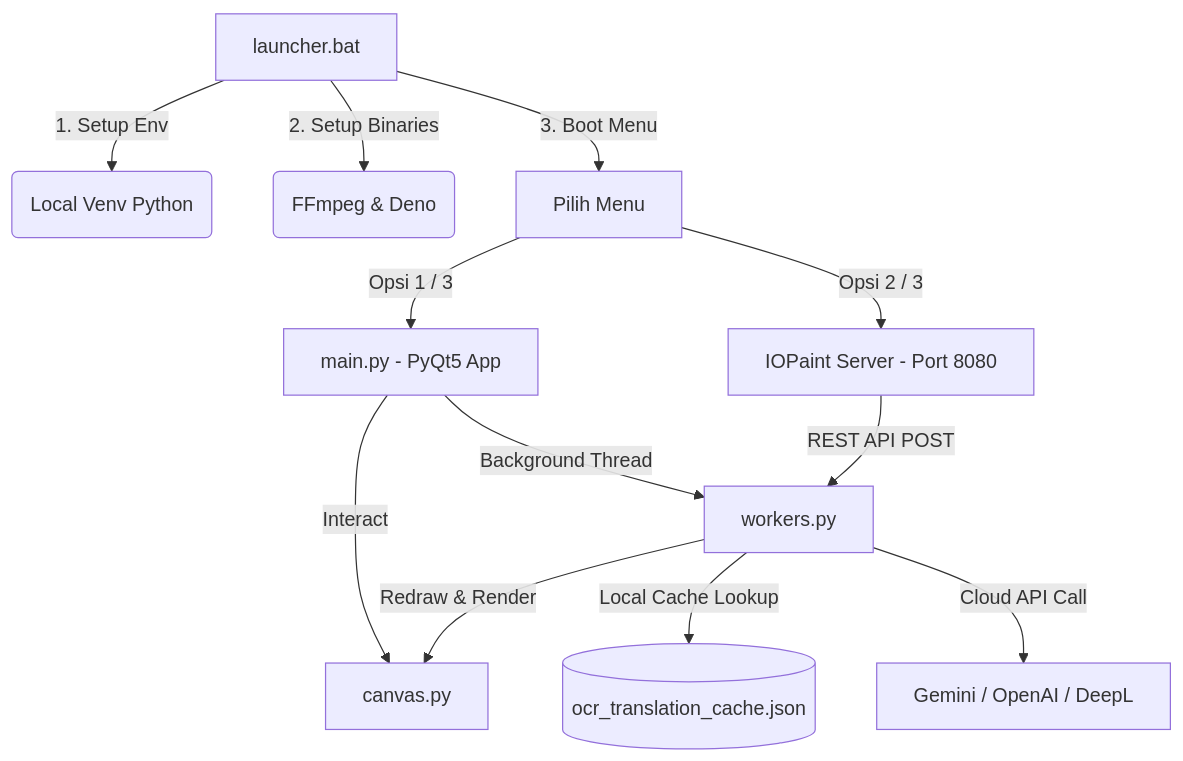
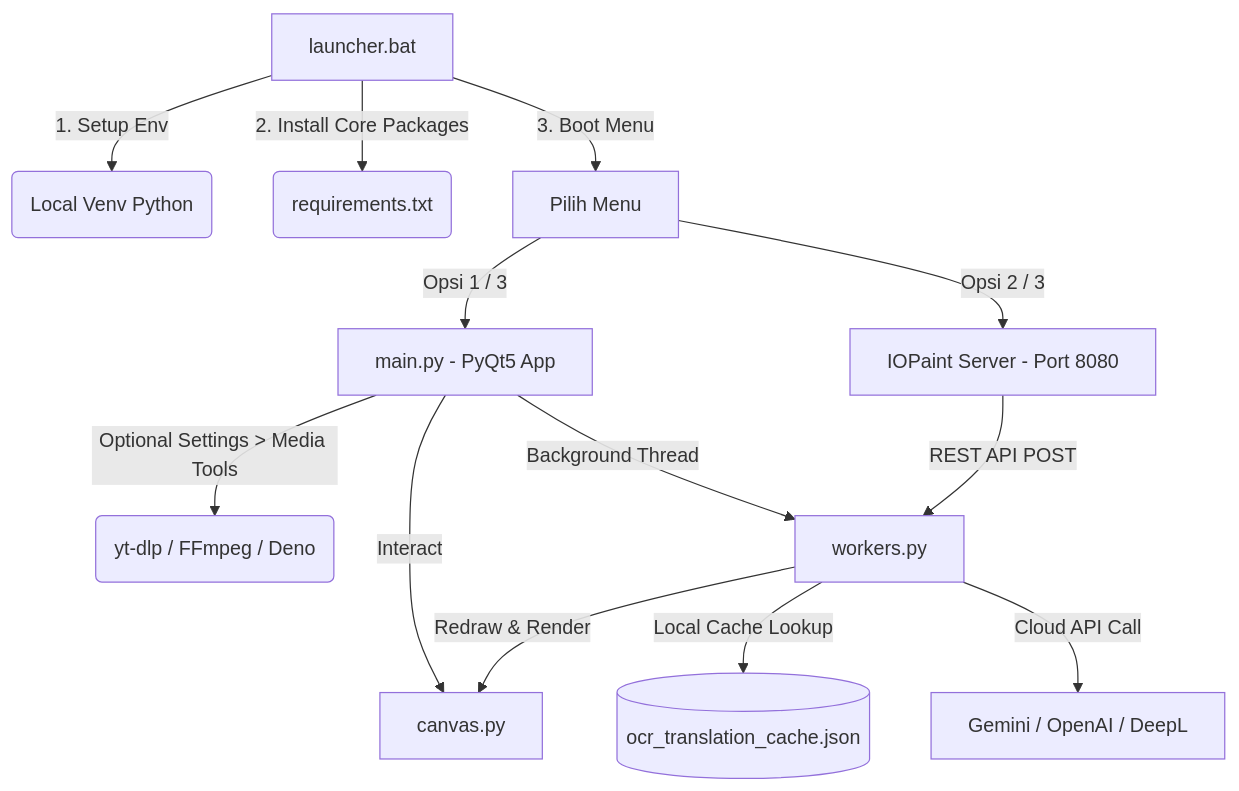
The diagram in README.md (irazawa/MangaTranslate), drawn with Mermaid before and after one commit. The commit also changed other lines of this file and 4 other files, not shown here.

Commit message:
Update README and settings UI for optional media tools

````diff
--- a/README.md
+++ b/README.md
@@ -11,15 +11,16 @@
 ```mermaid
 graph TD
     A[launcher.bat] -->|1. Setup Env| B(Local Venv Python)
-    A -->|2. Setup Binaries| C(FFmpeg & Deno)
+    A -->|2. Install Core Packages| C(requirements.txt)
     A -->|3. Boot Menu| D[Pilih Menu]
     D -->|Opsi 1 / 3| E[main.py - PyQt5 App]
     D -->|Opsi 2 / 3| F[IOPaint Server - Port 8080]
+    E -->|Optional Settings > Media Tools| K(yt-dlp / FFmpeg / Deno)
     
     E -->|Interact| G[canvas.py]
     E -->|Background Thread| H[workers.py]
     F -->|REST API POST| H
     H -->|Local Cache Lookup| I[(ocr_translation_cache.json)]
     H -->|Cloud API Call| J[Gemini / OpenAI / DeepL]
     H -->|Redraw & Render| G
 ```
````
